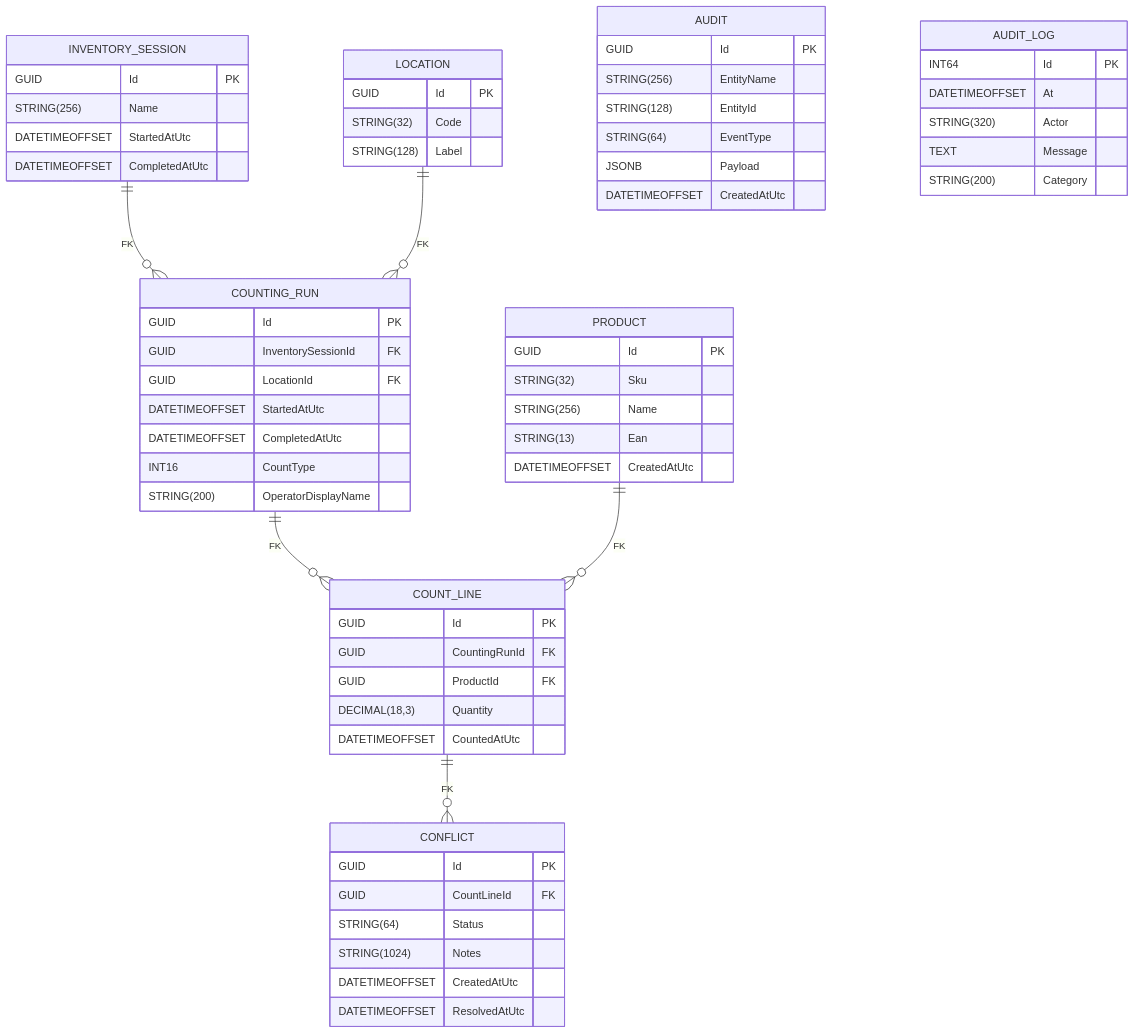
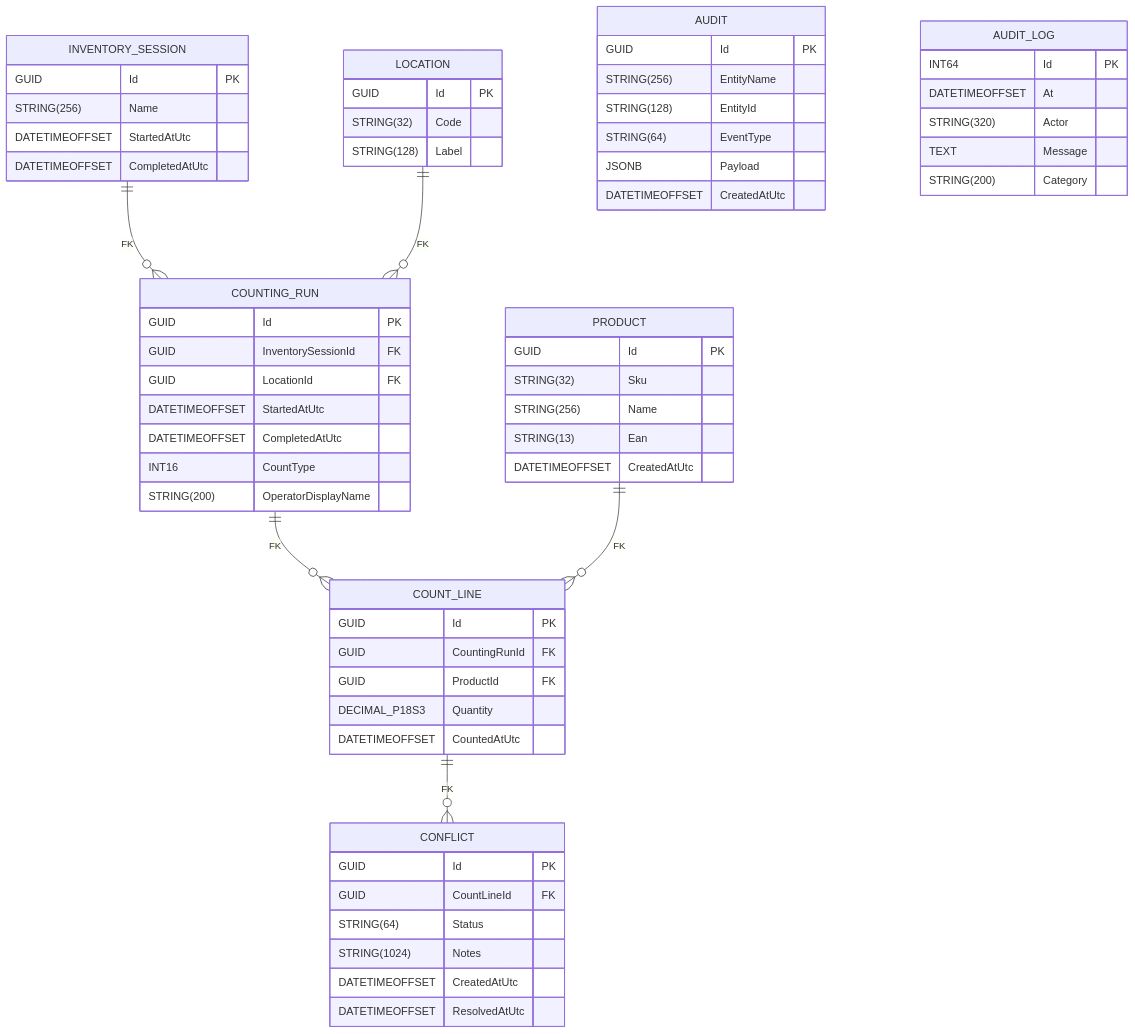
The second of 2 diagrams in docs/database/README.md (TSF-IT/CineBoutique-Inventaire), drawn with Mermaid before and after one commit. The commit also changed other lines of this file, not shown here.

Commit message:
docs: corriger le MPD Mermaid

````diff
--- a/docs/database/README.md
+++ b/docs/database/README.md
@@ -26,66 +26,66 @@
 ```mermaid
 erDiagram
     PRODUCT {
         GUID Id PK
         STRING(32) Sku
         STRING(256) Name
         STRING(13) Ean
         DATETIMEOFFSET CreatedAtUtc
     }
     LOCATION {
         GUID Id PK
         STRING(32) Code
         STRING(128) Label
     }
     INVENTORY_SESSION {
         GUID Id PK
         STRING(256) Name
         DATETIMEOFFSET StartedAtUtc
         DATETIMEOFFSET CompletedAtUtc
     }
     COUNTING_RUN {
         GUID Id PK
         GUID InventorySessionId FK
         GUID LocationId FK
         DATETIMEOFFSET StartedAtUtc
         DATETIMEOFFSET CompletedAtUtc
         INT16 CountType
         STRING(200) OperatorDisplayName
     }
     COUNT_LINE {
         GUID Id PK
         GUID CountingRunId FK
         GUID ProductId FK
-        DECIMAL(18,3) Quantity
+        DECIMAL_P18S3 Quantity
         DATETIMEOFFSET CountedAtUtc
     }
     CONFLICT {
         GUID Id PK
         GUID CountLineId FK
         STRING(64) Status
         STRING(1024) Notes
         DATETIMEOFFSET CreatedAtUtc
         DATETIMEOFFSET ResolvedAtUtc
     }
     AUDIT {
         GUID Id PK
         STRING(256) EntityName
         STRING(128) EntityId
         STRING(64) EventType
         JSONB Payload
         DATETIMEOFFSET CreatedAtUtc
     }
     AUDIT_LOG {
         INT64 Id PK
         DATETIMEOFFSET At
         STRING(320) Actor
         TEXT Message
         STRING(200) Category
     }
 
     INVENTORY_SESSION ||--o{ COUNTING_RUN : "FK"
     LOCATION ||--o{ COUNTING_RUN : "FK"
     COUNTING_RUN ||--o{ COUNT_LINE : "FK"
     PRODUCT ||--o{ COUNT_LINE : "FK"
     COUNT_LINE ||--o{ CONFLICT : "FK"
 ```
````
